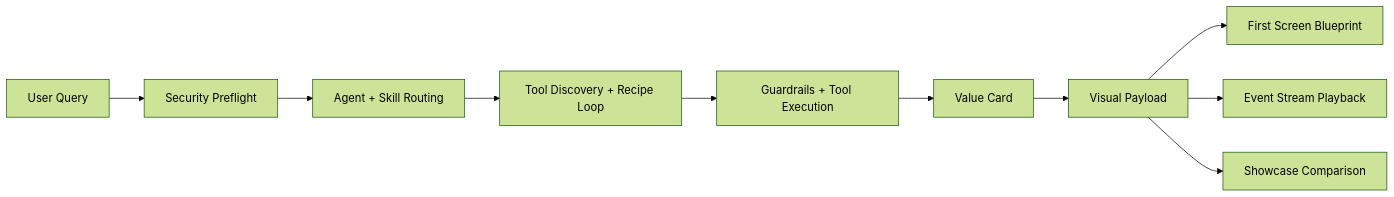
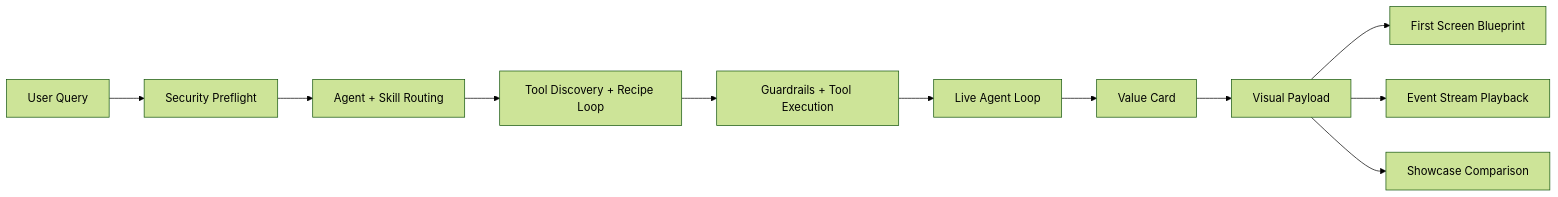
Before and after one commit to jonyx225/harness_agent: the diagram in README.md, drawn with Mermaid (forest theme). The commit also changed other lines of this file and 22 other files, not shown here.

Commit message:
feat: add live agent, strategy lab, iteration system and advanced tests

````diff
--- a/README.md
+++ b/README.md
@@ -37,12 +38,13 @@
 ```mermaid
 flowchart LR
     A[User Query] --> B[Security Preflight]
     B --> C[Agent + Skill Routing]
     C --> D[Tool Discovery + Recipe Loop]
     D --> E[Guardrails + Tool Execution]
-    E --> F[Value Card]
-    F --> G[Visual Payload]
-    G --> H[First Screen Blueprint]
-    G --> I[Event Stream Playback]
-    G --> J[Showcase Comparison]
+    E --> F[Live Agent Loop]
+    F --> G[Value Card]
+    G --> H[Visual Payload]
+    H --> I[First Screen Blueprint]
+    H --> J[Event Stream Playback]
+    H --> K[Showcase Comparison]
 ```
````
